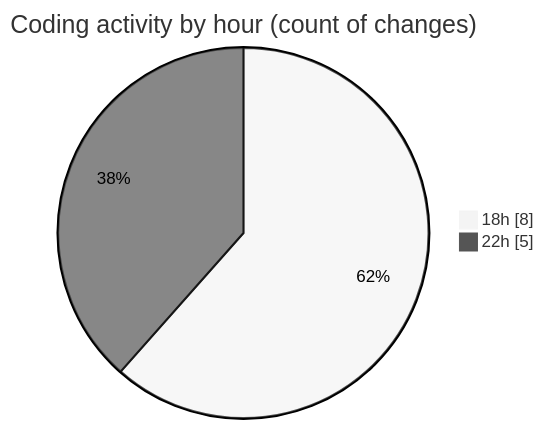
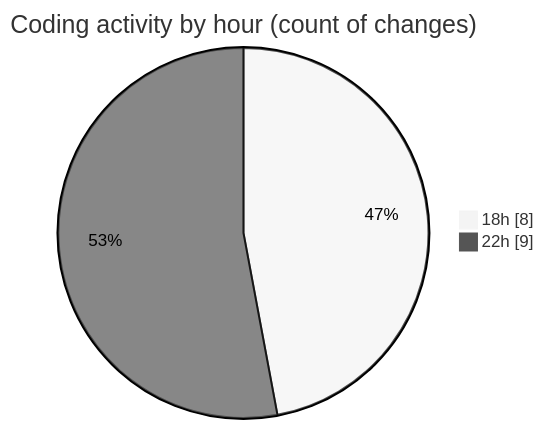
The second of 2 diagrams in 2025-11-07/eventscop-api-guide__workspace_/README.md (julien-gomy/code-tracking), drawn with Mermaid (neutral theme) before and after one commit. The commit also changed other lines of this file and 1 other file, not shown here.

````diff
--- a/2025-11-07/eventscop-api-guide__workspace_/README.md
+++ b/2025-11-07/eventscop-api-guide__workspace_/README.md
@@ -31,6 +32,6 @@
 ```mermaid
 pie showData
 title Coding activity by hour (count of changes)
 "18h" : 8
-"22h" : 5
+"22h" : 9
 ```
````
